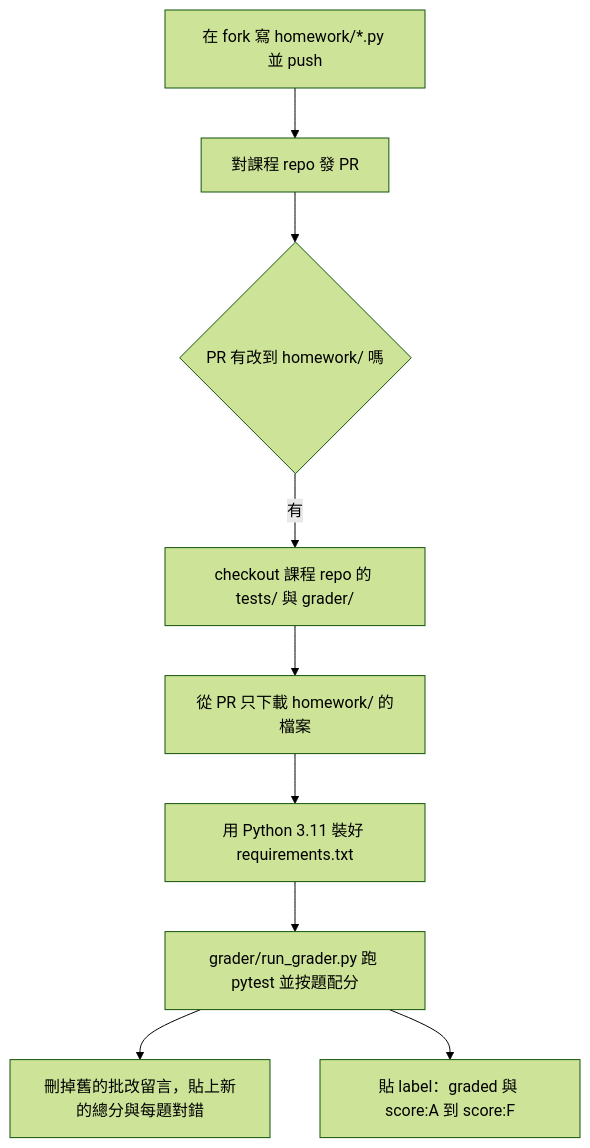
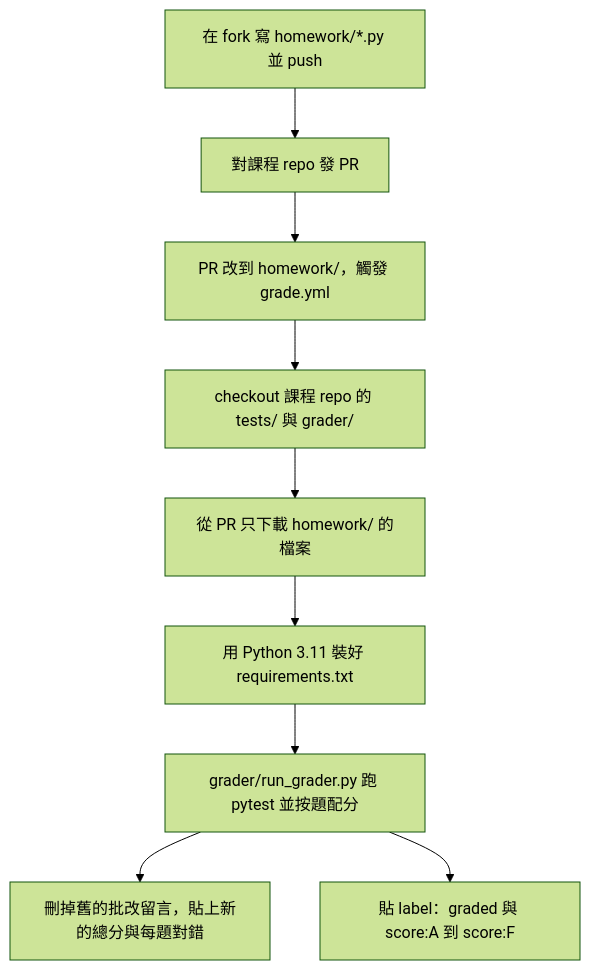
One commit to hsuiris/python-data-analysis-hw changed the diagram in README.md. Above: the diagram before and after it, drawn with Mermaid (forest theme).

Commit message:
README 流程圖改成單線，避免 GitHub 渲染失敗

````diff
--- a/README.md
+++ b/README.md
@@ -83,11 +83,11 @@
 ```mermaid
 flowchart TD
     A["在 fork 寫 homework/*.py 並 push"] --> B["對課程 repo 發 PR"]
-    B --> C{"PR 有改到 homework/ 嗎"}
-    C -- 有 --> D["checkout 課程 repo 的 tests/ 與 grader/"]
+    B --> C["PR 改到 homework/，觸發 grade.yml"]
+    C --> D["checkout 課程 repo 的 tests/ 與 grader/"]
     D --> E["從 PR 只下載 homework/ 的檔案"]
     E --> F["用 Python 3.11 裝好 requirements.txt"]
     F --> G["grader/run_grader.py 跑 pytest 並按題配分"]
     G --> H["刪掉舊的批改留言，貼上新的總分與每題對錯"]
     G --> I["貼 label：graded 與 score:A 到 score:F"]
 ```
````
